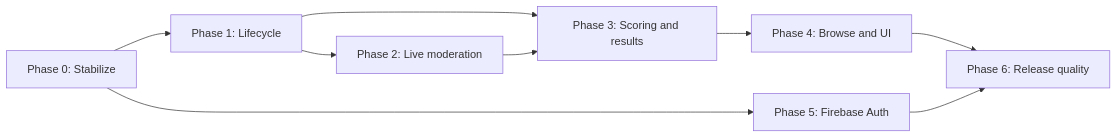
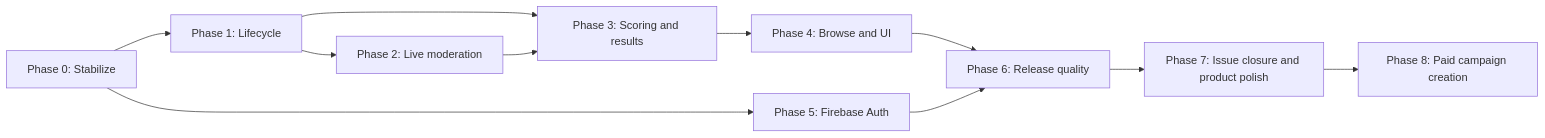
One commit to fayaz12g/bongii changed the diagram in docs/IMPLEMENTATION_PLAN.md. Above: the diagram before and after it, drawn with Mermaid. The commit also changed other lines of this file and 34 other files, not shown here.

````diff
--- a/docs/IMPLEMENTATION_PLAN.md
+++ b/docs/IMPLEMENTATION_PLAN.md
@@ -15,11 +15,13 @@
 ```mermaid
 flowchart LR
     P0[Phase 0: Stabilize] --> P1[Phase 1: Lifecycle]
     P1 --> P2[Phase 2: Live moderation]
     P1 --> P3[Phase 3: Scoring and results]
     P2 --> P3
     P3 --> P4[Phase 4: Browse and UI]
     P0 --> P5[Phase 5: Firebase Auth]
     P4 --> P6[Phase 6: Release quality]
     P5 --> P6
+    P6 --> P7[Phase 7: Issue closure and product polish]
+    P7 --> P8[Phase 8: Paid campaign creation]
 ```
````
